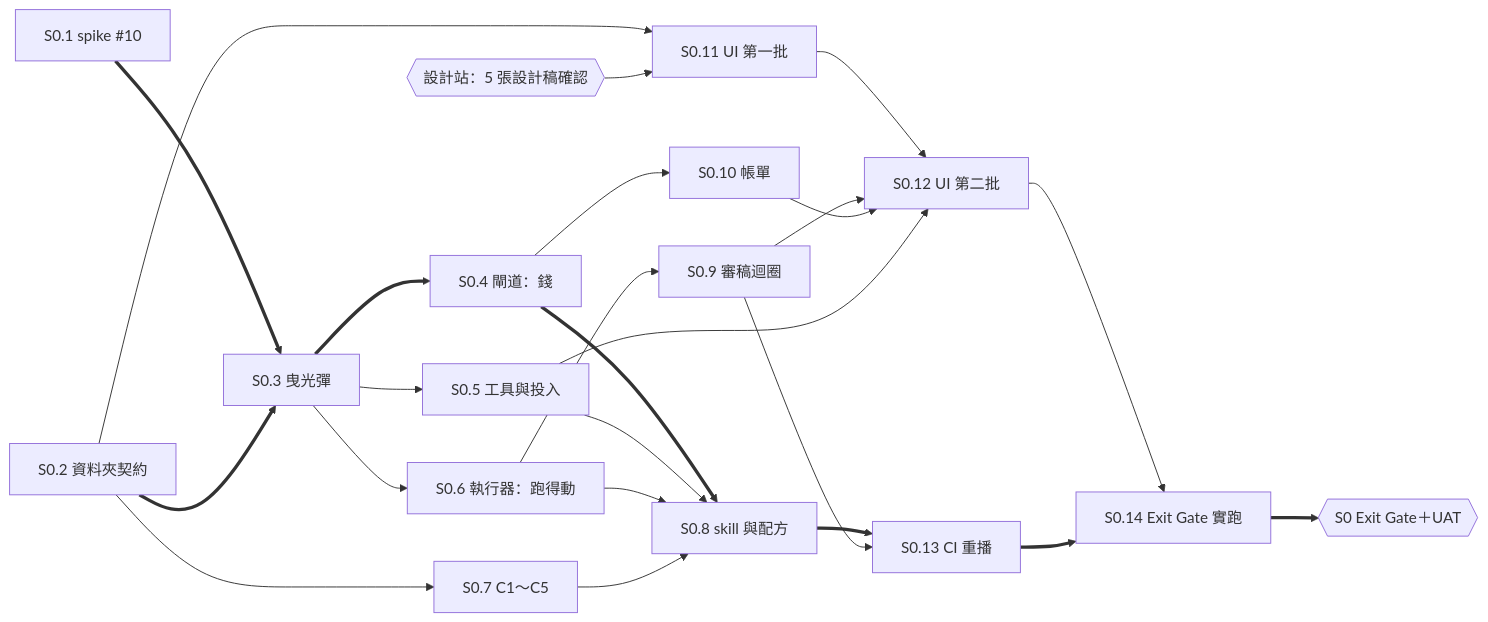
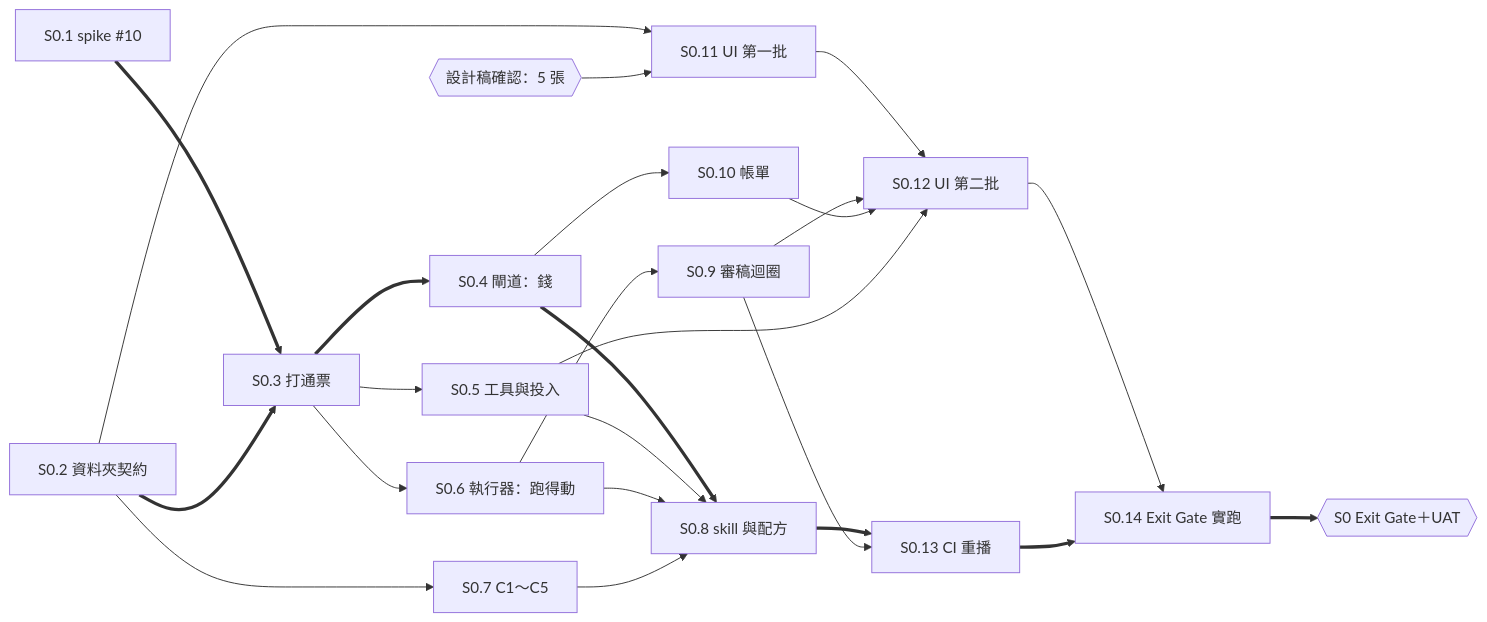
Before and after one commit to Zenobia000/evidence-forge: the diagram in docs/30-snapshot/plans/2026-10-11-s0-development-plan.md, drawn with Mermaid. The commit also changed other lines of this file and 3 other files, not shown here.

````diff
--- a/docs/30-snapshot/plans/2026-10-11-s0-development-plan.md
+++ b/docs/30-snapshot/plans/2026-10-11-s0-development-plan.md
@@ -88,26 +88,26 @@
 ```mermaid
 flowchart LR
-    S01["S0.1 spike #10"] ==> S03["S0.3 曳光彈"]
+    S01["S0.1 spike #10"] ==> S03["S0.3 打通票"]
     S02["S0.2 資料夾契約"] ==> S03
     S02 --> S07["S0.7 C1～C5"]
     S02 --> S011["S0.11 UI 第一批"]
-    DS{{"設計站：5 張設計稿確認"}} --> S011
+    DS{{"設計稿確認：5 張"}} --> S011
     S03 ==> S04["S0.4 閘道：錢"]
     S03 --> S05["S0.5 工具與投入"]
     S03 --> S06["S0.6 執行器：跑得動"]
     S04 ==> S08["S0.8 skill 與配方"]
     S05 --> S08
     S06 --> S08
     S07 --> S08
     S06 --> S09["S0.9 審稿迴圈"]
     S04 --> S010["S0.10 帳單"]
     S011 --> S012["S0.12 UI 第二批"]
     S09 --> S012
     S010 --> S012
     S05 --> S012
     S08 ==> S013["S0.13 CI 重播"]
     S09 --> S013
     S012 --> S014["S0.14 Exit Gate 實跑"]
     S013 ==> S014
     S014 ==> GATE{{"S0 Exit Gate＋UAT"}}
 ```
````
